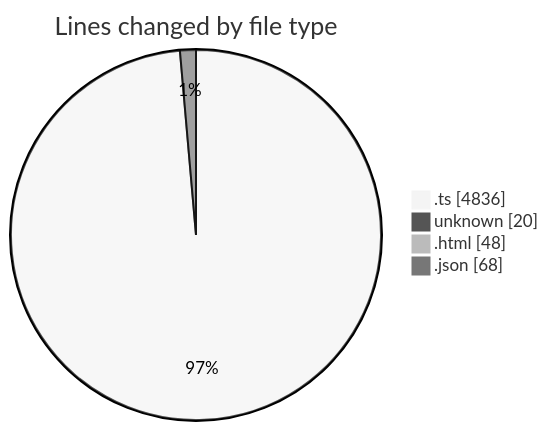
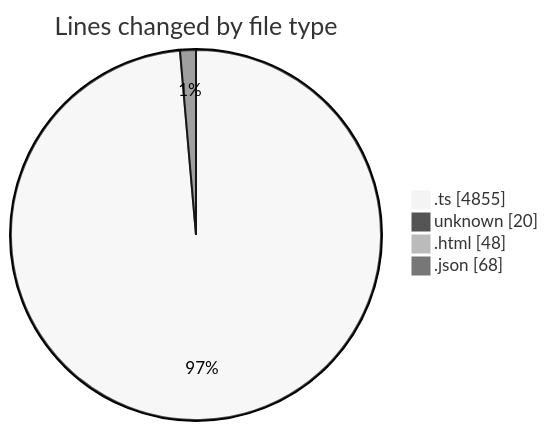
One commit to tmsrecording-cyber/code-tracking changed the first of 2 diagrams in 2026-02-06/singularitybrainai/README.md. Above: the diagram before and after it, drawn with Mermaid (neutral theme). The commit also changed other lines of this file and 1 other file, not shown here.

````diff
--- a/2026-02-06/singularitybrainai/README.md
+++ b/2026-02-06/singularitybrainai/README.md
@@ -31,8 +31,8 @@
 ```mermaid
 pie showData
 title Lines changed by file type
-".ts" : 4836
+".ts" : 4855
 "unknown" : 20
 ".html" : 48
 ".json" : 68
 ```
````
